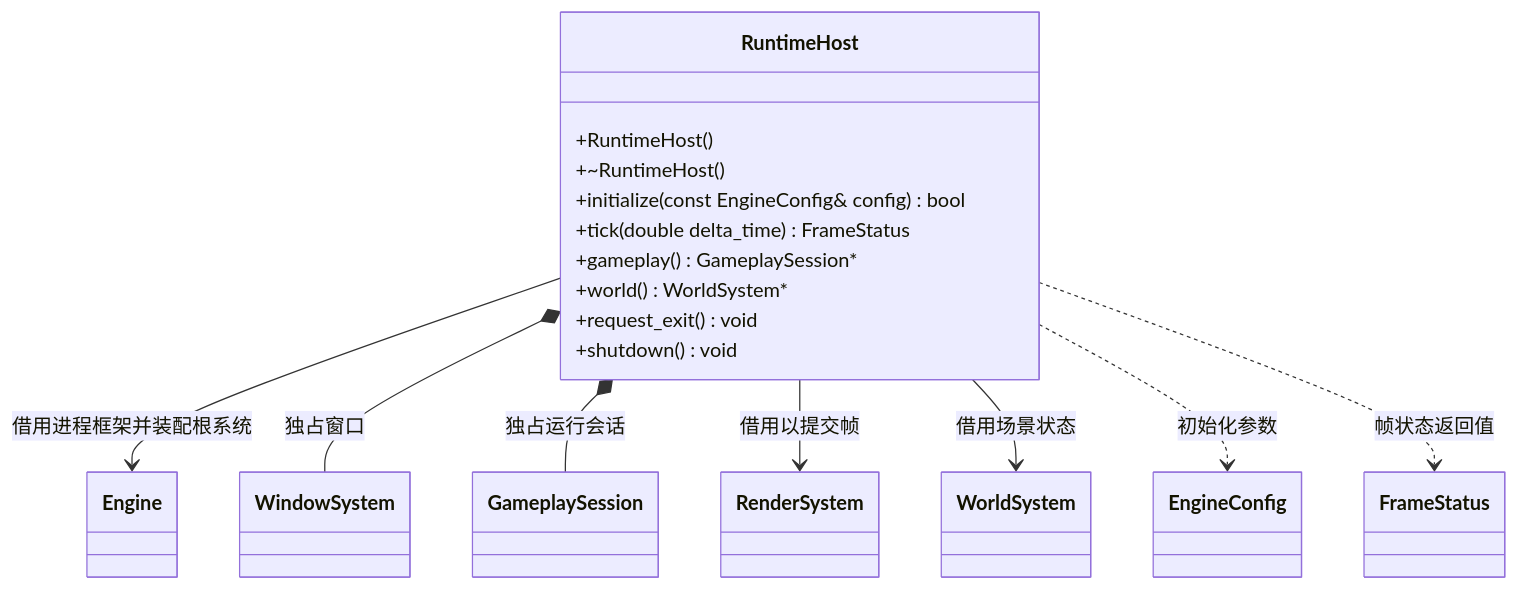
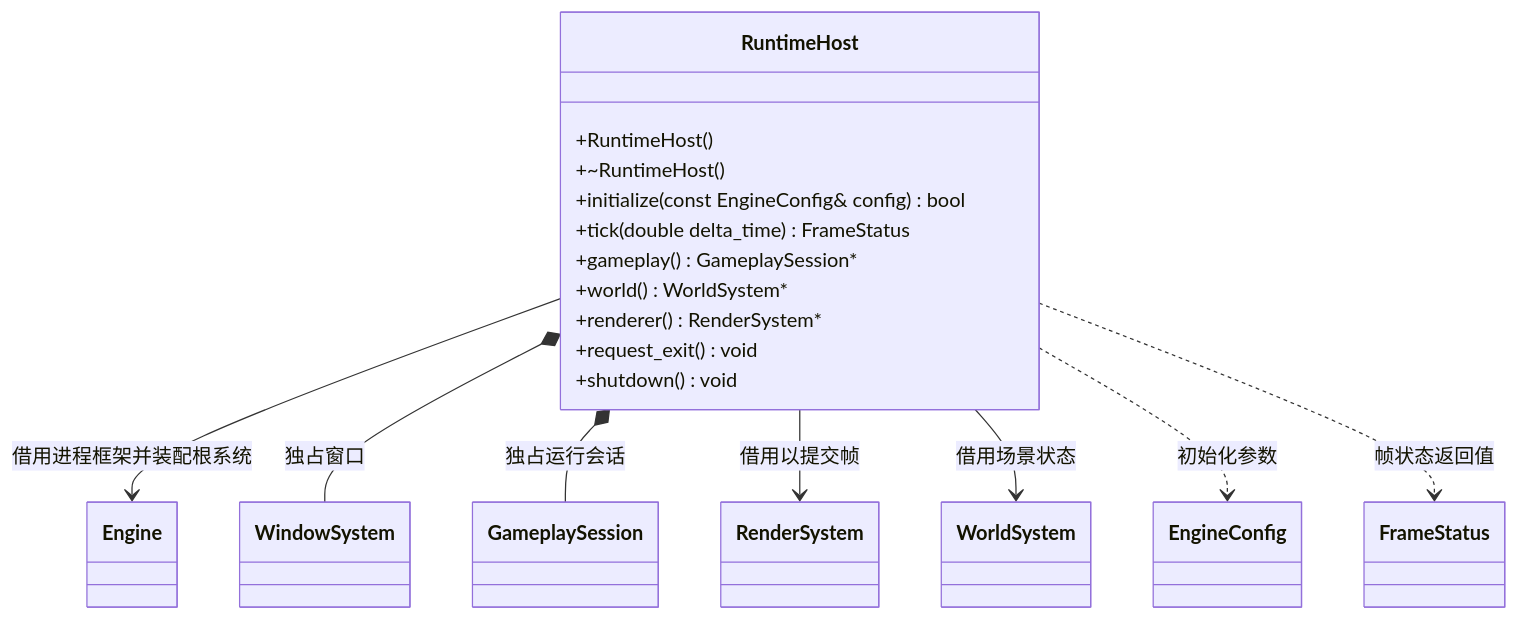
The diagram in docs/runtime/class-diagrams/runtime-host.md (lcals/Engine), drawn with Mermaid before and after one commit. The commit also changed other lines of this file and 1378 other files, not shown here.

````diff
--- a/docs/runtime/class-diagrams/runtime-host.md
+++ b/docs/runtime/class-diagrams/runtime-host.md
@@ -5,28 +5,29 @@
 ```mermaid
 classDiagram
     direction TB
     class RuntimeHost {
         +RuntimeHost()
         +~RuntimeHost()
         +initialize(const EngineConfig& config) bool
         +tick(double delta_time) FrameStatus
         +gameplay() GameplaySession#42;
         +world() WorldSystem#42;
+        +renderer() RenderSystem#42;
         +request_exit() void
         +shutdown() void
     }
     class Engine
     class WindowSystem
     class GameplaySession
     class RenderSystem
     class WorldSystem
     class EngineConfig
     class FrameStatus
     RuntimeHost --> Engine : 借用进程框架并装配根系统
     RuntimeHost *-- WindowSystem : 独占窗口
     RuntimeHost *-- GameplaySession : 独占运行会话
     RuntimeHost --> RenderSystem : 借用以提交帧
     RuntimeHost --> WorldSystem : 借用场景状态
     RuntimeHost ..> EngineConfig : 初始化参数
     RuntimeHost ..> FrameStatus : 帧状态返回值
 ```
````
